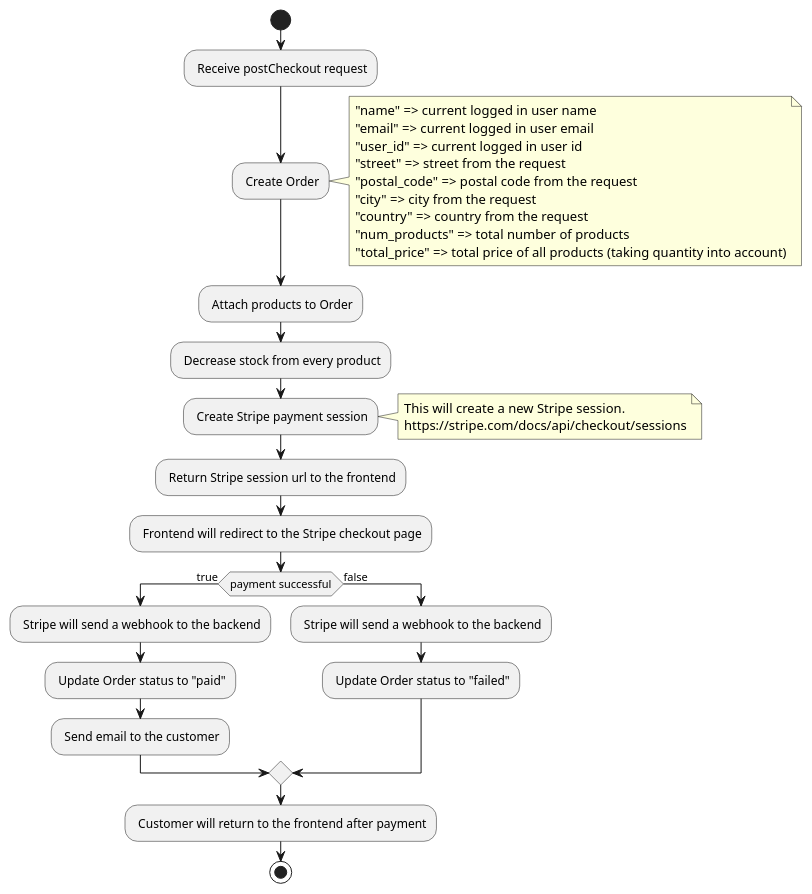
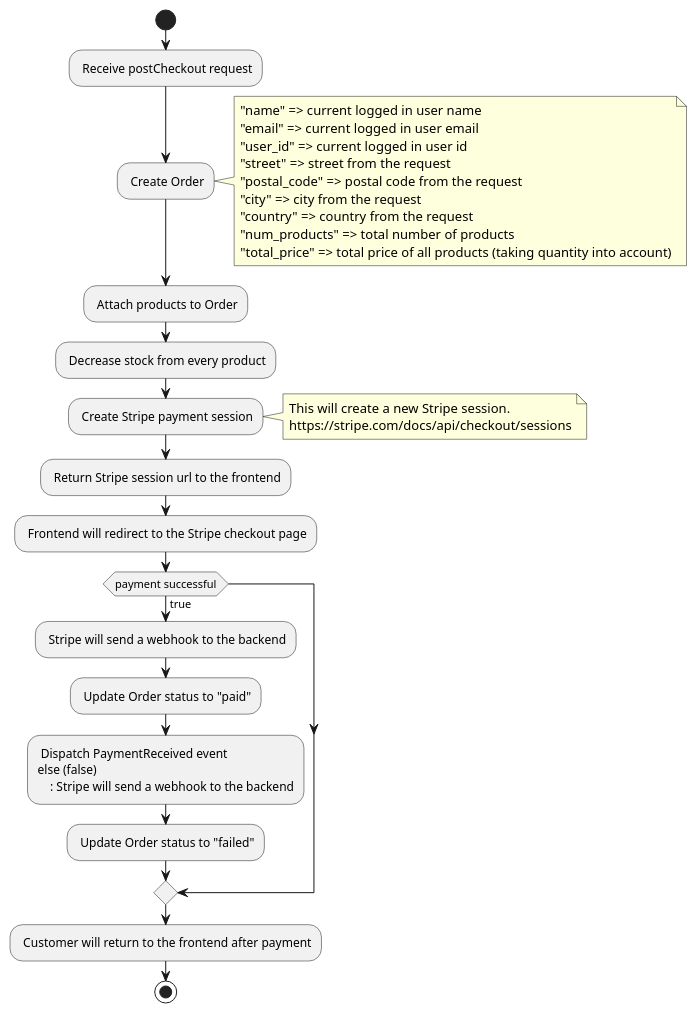
Before and after one commit to RawFocus/webshop: the diagram in diagrams/checkout/checkout.puml, drawn with PlantUML. The commit also changed 1 other file, not shown here.

```diff
--- a/diagrams/checkout/checkout.puml
+++ b/diagrams/checkout/checkout.puml
@@ -1,40 +1,40 @@
 
 start
 : Receive postCheckout request;
 : Create Order;
     note right
         "name" => current logged in user name
         "email" => current logged in user email
         "user_id" => current logged in user id
         "street" => street from the request
         "postal_code" => postal code from the request
         "city" => city from the request
         "country" => country from the request
         "num_products" => total number of products
         "total_price" => total price of all products (taking quantity into account)
     end note    
 
     : Attach products to Order;
     : Decrease stock from every product;
     : Create Stripe payment session;
         note right
             This will create a new Stripe session.
             https://stripe.com/docs/api/checkout/sessions
         end note
 
     : Return Stripe session url to the frontend;
 
     : Frontend will redirect to the Stripe checkout page;
 
     if (payment successful) then (true)
         : Stripe will send a webhook to the backend;
         : Update Order status to "paid";
-        : Send email to the customer;
+        : Dispatch PaymentReceived event
     else (false)
         : Stripe will send a webhook to the backend;
         : Update Order status to "failed";
     endif
 
     : Customer will return to the frontend after payment;
 
 stop
```
